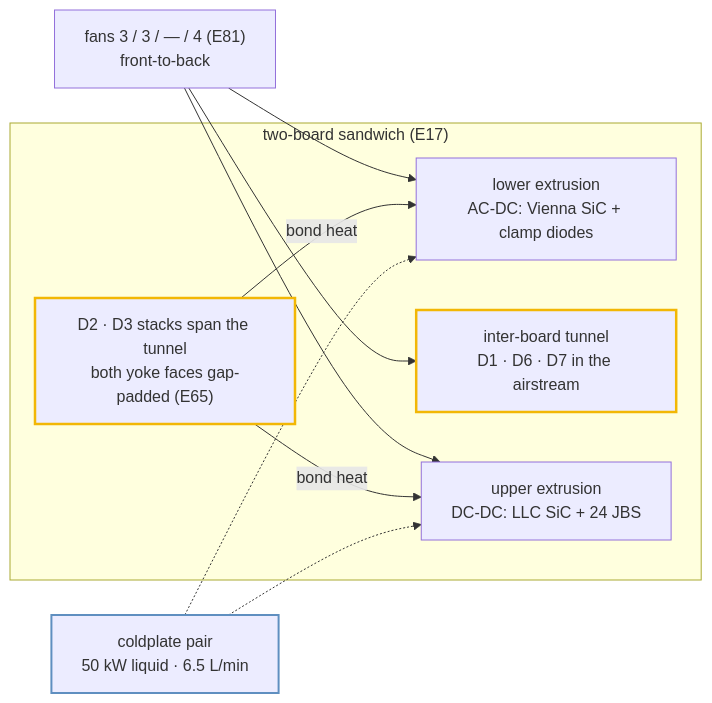
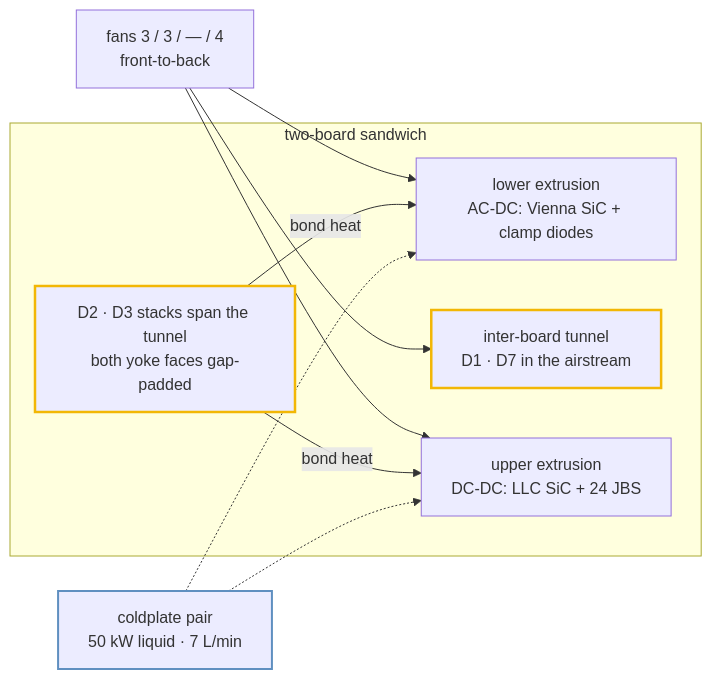
One commit to vectivolt/DC-Modules changed the second of 5 diagrams in docs/thermal-report.md. Above: the diagram before and after it, drawn with Mermaid. The commit also changed other lines of this file and 802 other files, not shown here.

````diff
--- a/docs/thermal-report.md
+++ b/docs/thermal-report.md
@@ -128,16 +107,16 @@
 ```mermaid
 flowchart LR
-  subgraph S["two-board sandwich (E17)"]
+  subgraph S["two-board sandwich"]
     L["lower extrusion<br/>AC-DC: Vienna SiC + clamp diodes"]
-    T["inter-board tunnel<br/>D1 · D6 · D7 in the airstream"]
-    M["D2 · D3 stacks span the tunnel<br/>both yoke faces gap-padded (E65)"]
+    T["inter-board tunnel<br/>D1 · D7 in the airstream"]
+    M["D2 · D3 stacks span the tunnel<br/>both yoke faces gap-padded"]
     U["upper extrusion<br/>DC-DC: LLC SiC + 24 JBS"]
   end
-  F["fans 3 / 3 / — / 4 (E81)<br/>front-to-back"] --> L & T & U
+  F["fans 3 / 3 / — / 4<br/>front-to-back"] --> L & T & U
   M -->|bond heat| L
   M -->|bond heat| U
-  C["coldplate pair<br/>50 kW liquid · 6.5 L/min"] -.-> L & U
+  C["coldplate pair<br/>50 kW liquid · 7 L/min"] -.-> L & U
   style T stroke:#f2b705,stroke-width:2.5px
   style M stroke:#f2b705,stroke-width:2.5px
   style C stroke:#5f8fc0,stroke-width:2px
 ```
````
